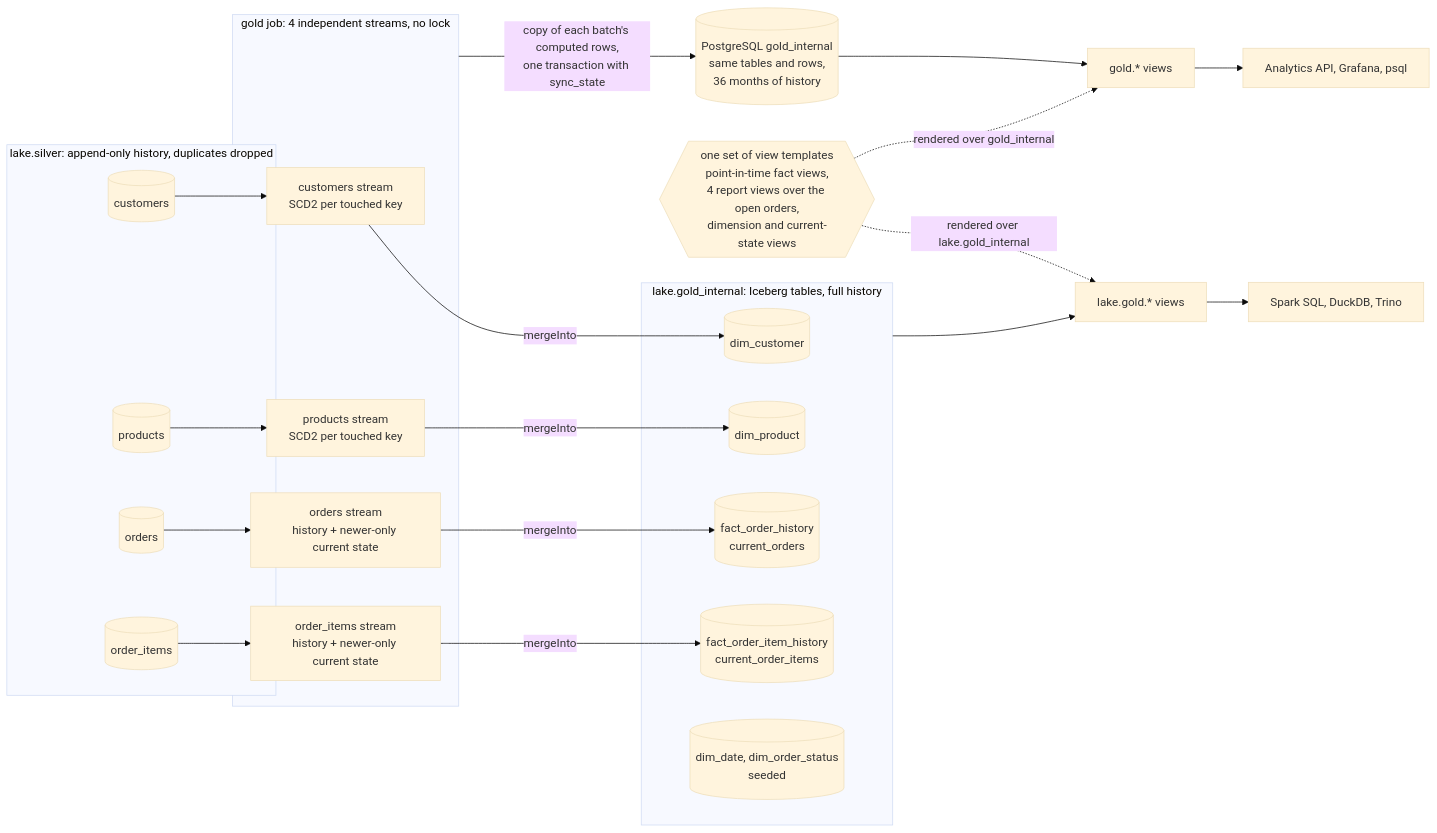
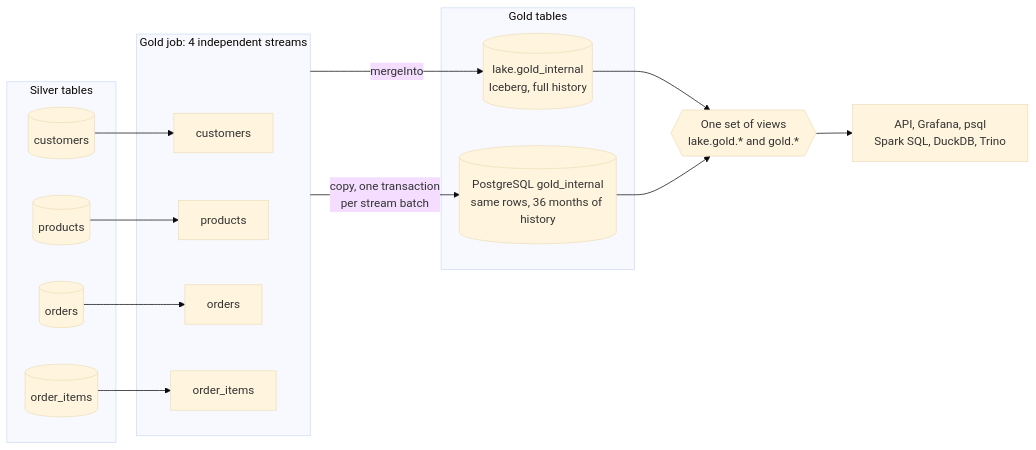
Before and after one commit to jonathan5p/deel-home-task: the diagram in docs/lakehouse/gold/index.md, drawn with Mermaid (base theme). The commit also changed other lines of this file and 1 other file, not shown here.

Commit message:
docs(gold): simplify the gold diagram and shorten the writer page

````diff
--- a/docs/lakehouse/gold/index.md
+++ b/docs/lakehouse/gold/index.md
@@ -7,40 +7,31 @@
 ```mermaid
 flowchart LR
-    subgraph silver["lake.silver: append-only history, duplicates dropped"]
+    subgraph silver["Silver tables"]
         sc[("customers")]
         sp[("products")]
         so[("orders")]
         si[("order_items")]
     end
-    subgraph job["gold job: 4 independent streams, no lock"]
-        gc["customers stream<br/>SCD2 per touched key"]
-        gp["products stream<br/>SCD2 per touched key"]
-        go["orders stream<br/>history + newer-only current state"]
-        gi["order_items stream<br/>history + newer-only current state"]
+    subgraph streams["Gold job: 4 independent streams"]
+        gc["customers"]
+        gp["products"]
+        go["orders"]
+        gi["order_items"]
     end
-    subgraph ice["lake.gold_internal: Iceberg tables, full history"]
-        dc[("dim_customer")]
-        dp[("dim_product")]
-        fo[("fact_order_history<br/>current_orders")]
-        fi[("fact_order_item_history<br/>current_order_items")]
-        seeds[("dim_date, dim_order_status<br/>seeded")]
+    subgraph stores["Gold tables"]
+        ice[("lake.gold_internal<br/>Iceberg, full history")]
+        pg[("PostgreSQL gold_internal<br/>same rows, 36 months of history")]
     end
-    pg[("PostgreSQL gold_internal<br/>same tables and rows,<br/>36 months of history")]
-    tpl{{"one set of view templates<br/>point-in-time fact views,<br/>4 report views over the open orders,<br/>dimension and current-state views"}}
-    lv["lake.gold.* views"]
-    gv["gold.* views"]
-    lr["Spark SQL, DuckDB, Trino"]
-    sr["Analytics API, Grafana, psql"]
+    views{{"One set of views<br/>lake.gold.* and gold.*"}}
+    readers["API, Grafana, psql<br/>Spark SQL, DuckDB, Trino"]
 
-    sc --> gc -- "mergeInto" --> dc
-    sp --> gp -- "mergeInto" --> dp
-    so --> go -- "mergeInto" --> fo
-    si --> gi -- "mergeInto" --> fi
-    job -- "copy of each batch's computed rows,<br/>one transaction with sync_state" --> pg
-    ice --> lv
-    pg --> gv
-    tpl -. "rendered over lake.gold_internal" .-> lv
-    tpl -. "rendered over gold_internal" .-> gv
-    lv --> lr
-    gv --> sr
+    sc --> gc
+    sp --> gp
+    so --> go
+    si --> gi
+    streams -- "mergeInto" --> ice
+    streams -- "copy, one transaction<br/>per stream batch" --> pg
+    ice --> views
+    pg --> views
+    views --> readers
 ```
````
